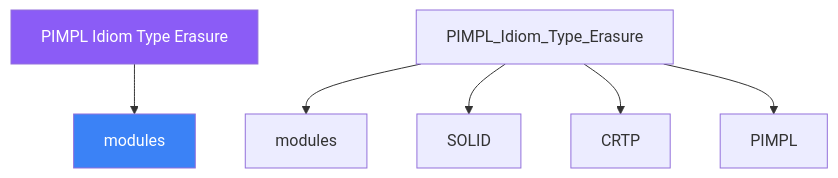
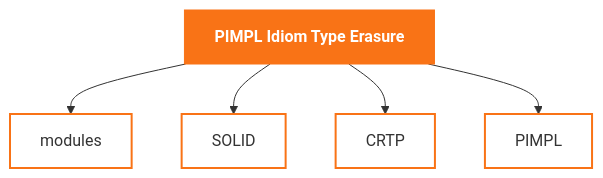
One commit to AI-Maddy/Learn-Modern-CPP-OOP-30-Days changed the diagram in mkdocs-site/docs/days/day-21/02-definition.md. Above: the diagram before and after it, drawn with Mermaid. The commit also changed 99 other files, not shown here.

````diff
--- a/mkdocs-site/docs/days/day-21/02-definition.md
+++ b/mkdocs-site/docs/days/day-21/02-definition.md
@@ -172,10 +172,12 @@
 ```mermaid
 graph TD
-    ROOT["PIMPL Idiom Type Erasure"] --> A["modules"]
-    PIMPL_Idiom_Type_Erasure --> modules["modules"]
-    PIMPL_Idiom_Type_Erasure --> SOLID["SOLID"]
-    PIMPL_Idiom_Type_Erasure --> CRTP["CRTP"]
-    PIMPL_Idiom_Type_Erasure --> PIMPL["PIMPL"]
-    style ROOT fill:#8b5cf6,color:#fff
-    style A    fill:#3b82f6,color:#fff
+    ROOT["PIMPL Idiom Type Erasure"]
+    ROOT --> n0["modules"]
+    ROOT --> n1["SOLID"]
+    ROOT --> n2["CRTP"]
+    ROOT --> n3["PIMPL"]
+    classDef topic fill:#f97316,stroke:#f97316,color:#ffffff,font-weight:bold
+    classDef concept fill:transparent,stroke:#f97316,stroke-width:2px
+    class ROOT topic
+    class n0,n1,n2,n3 concept
 ```
````
